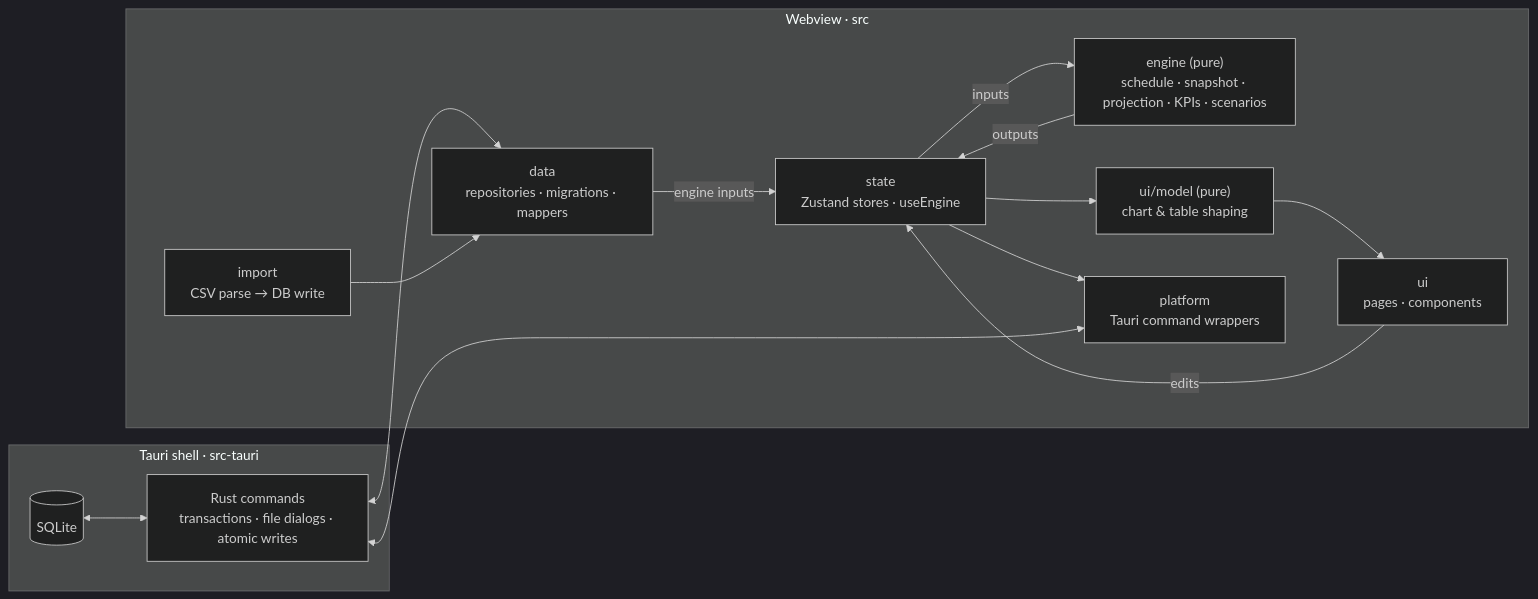
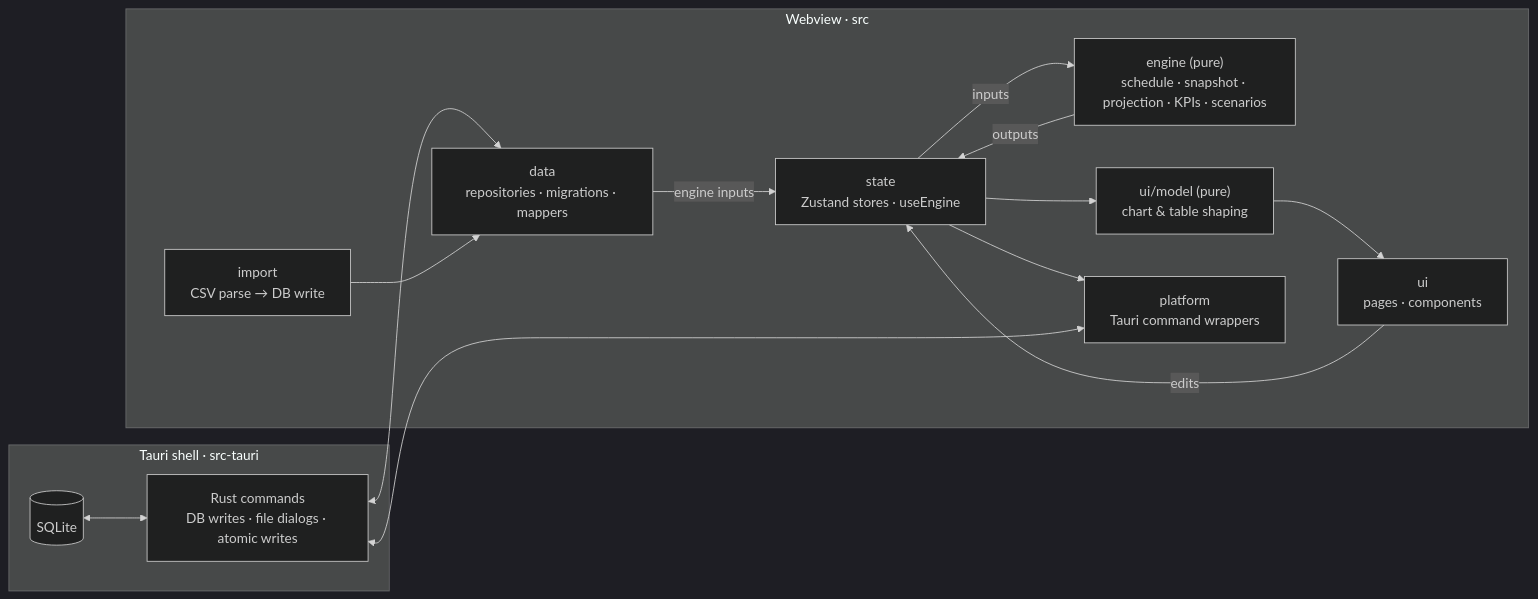
One commit to vlastimilbures/real-estate-tracker changed the diagram in README.md. Above: the diagram before and after it, drawn with Mermaid (dark theme). The commit also changed other lines of this file, not shown here.

````diff
--- a/README.md
+++ b/README.md
@@ -283,26 +284,26 @@
 ```mermaid
 flowchart LR
   subgraph Rust["Tauri shell · src-tauri"]
     DB[(SQLite)]
-    CMD["Rust commands<br/>transactions · file dialogs · atomic writes"]
+    CMD["Rust commands<br/>DB writes · file dialogs · atomic writes"]
   end
   subgraph Web["Webview · src"]
     DATA["data<br/>repositories · migrations · mappers"]
     IMPORT["import<br/>CSV parse → DB write"]
     STATE["state<br/>Zustand stores · useEngine"]
     ENGINE["engine (pure)<br/>schedule · snapshot · projection · KPIs · scenarios"]
     MODEL["ui/model (pure)<br/>chart & table shaping"]
     UI["ui<br/>pages · components"]
     PLATFORM["platform<br/>Tauri command wrappers"]
   end
   DB <--> CMD
   CMD <--> DATA
   IMPORT --> DATA
   DATA -- "engine inputs" --> STATE
   STATE -- "inputs" --> ENGINE
   ENGINE -- "outputs" --> STATE
   STATE --> MODEL --> UI
   UI -- "edits" --> STATE
   STATE --> PLATFORM
   PLATFORM <--> CMD
 ```
````
